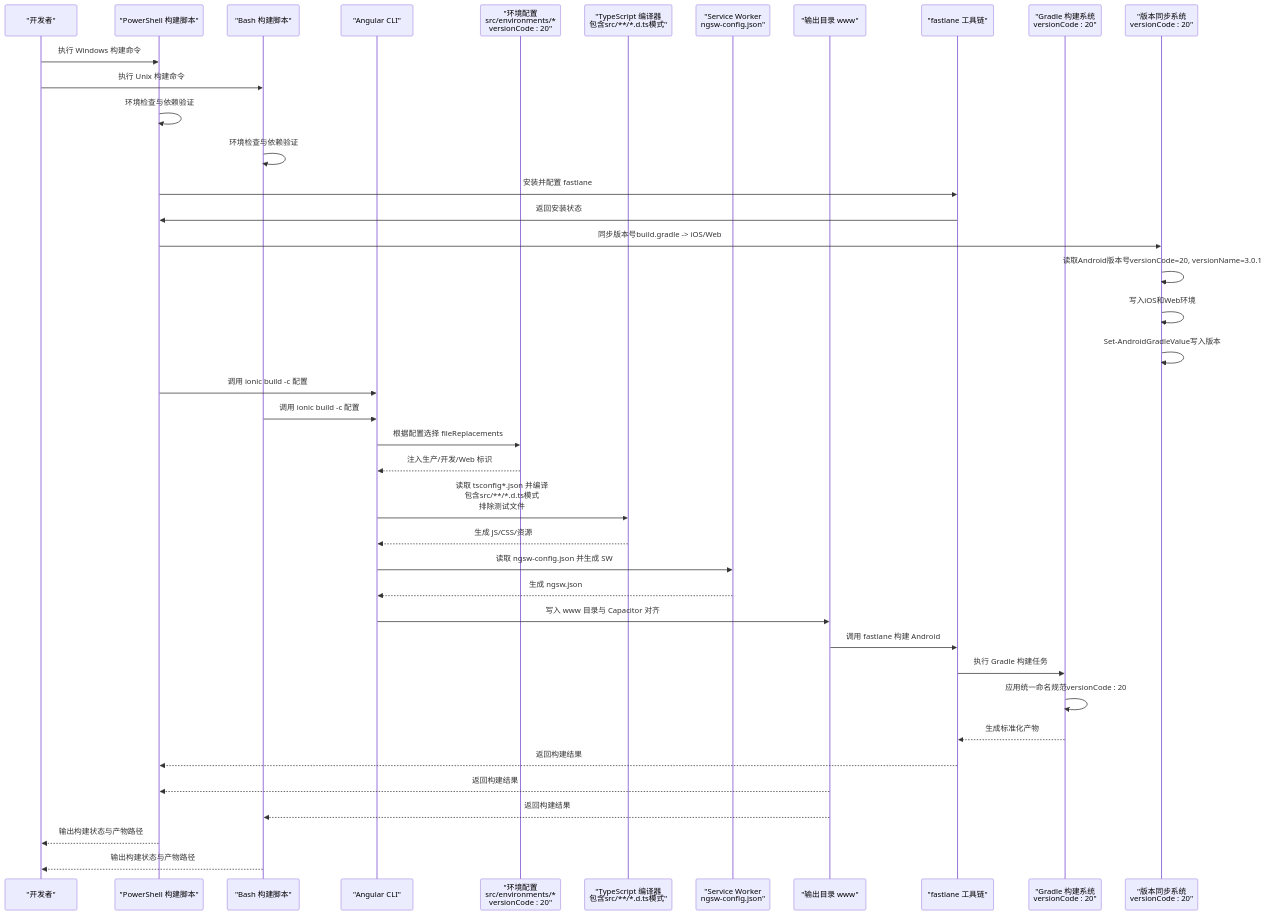
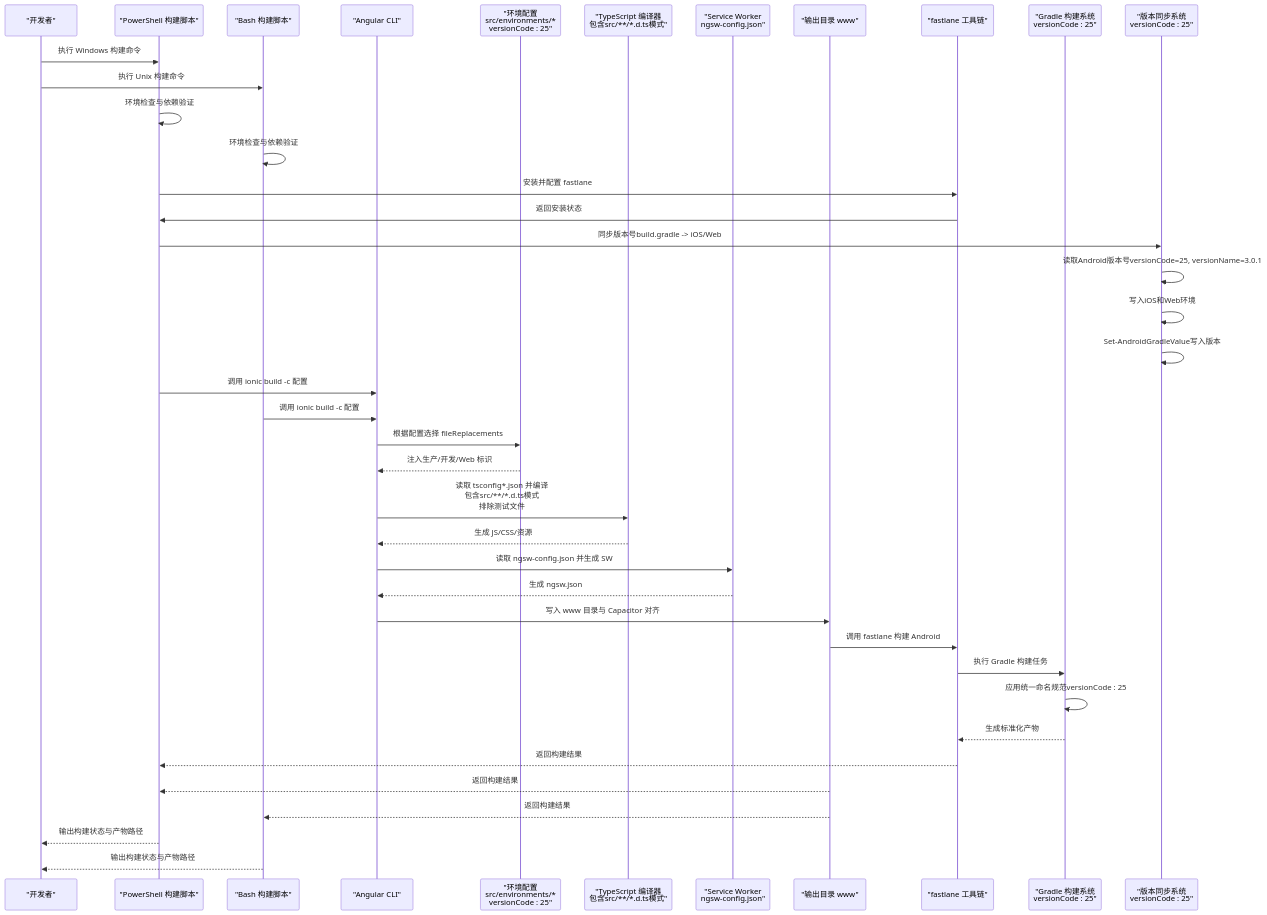
One commit to tea4go/Macro-Deck-Client-App changed the second of 6 diagrams in .qoder/repowiki/zh/content/构建与部署/构建配置.md. Above: the diagram before and after it, drawn with Mermaid. The commit also changed other lines of this file and 46 other files, not shown here.

````diff
--- a/.qoder/repowiki/zh/content/构建与部署/构建配置.md
+++ b/.qoder/repowiki/zh/content/构建与部署/构建配置.md
@@ -194,42 +194,42 @@
 ```mermaid
 sequenceDiagram
 participant Dev as "开发者"
 participant WinPS as "PowerShell 构建脚本"
 participant UnixSh as "Bash 构建脚本"
 participant CLI as "Angular CLI"
-participant Env as "环境配置<br/>src/environments/*<br/>versionCode : 20"
+participant Env as "环境配置<br/>src/environments/*<br/>versionCode : 25"
 participant TS as "TypeScript 编译器<br/>包含src/**/*.d.ts模式"
 participant SW as "Service Worker<br/>ngsw-config.json"
 participant Out as "输出目录 www"
 participant Fastlane as "fastlane 工具链"
-participant Gradle as "Gradle 构建系统<br/>versionCode : 20"
-participant VersionSync as "版本同步系统<br/>versionCode : 20"
+participant Gradle as "Gradle 构建系统<br/>versionCode : 25"
+participant VersionSync as "版本同步系统<br/>versionCode : 25"
 Dev->>WinPS : 执行 Windows 构建命令
 Dev->>UnixSh : 执行 Unix 构建命令
 WinPS->>WinPS : 环境检查与依赖验证
 UnixSh->>UnixSh : 环境检查与依赖验证
 WinPS->>Fastlane : 安装并配置 fastlane
 Fastlane->>WinPS : 返回安装状态
 WinPS->>VersionSync : 同步版本号build.gradle -> iOS/Web
-VersionSync->>VersionSync : 读取Android版本号versionCode=20, versionName=3.0.1
+VersionSync->>VersionSync : 读取Android版本号versionCode=25, versionName=3.0.1
 VersionSync->>VersionSync : 写入iOS和Web环境
 VersionSync->>VersionSync : Set-AndroidGradleValue写入版本
 WinPS->>CLI : 调用 ionic build -c 配置
 UnixSh->>CLI : 调用 ionic build -c 配置
 CLI->>Env : 根据配置选择 fileReplacements
 Env-->>CLI : 注入生产/开发/Web 标识
 CLI->>TS : 读取 tsconfig*.json 并编译<br/>包含src/**/*.d.ts模式<br/>排除测试文件
 TS-->>CLI : 生成 JS/CSS/资源
 CLI->>SW : 读取 ngsw-config.json 并生成 SW
 SW-->>CLI : 生成 ngsw.json
 CLI->>Out : 写入 www 目录与 Capacitor 对齐
 Out->>Fastlane : 调用 fastlane 构建 Android
 Fastlane->>Gradle : 执行 Gradle 构建任务
-Gradle->>Gradle : 应用统一命名规范versionCode : 20
+Gradle->>Gradle : 应用统一命名规范versionCode : 25
 Gradle-->>Fastlane : 生成标准化产物
 Fastlane-->>WinPS : 返回构建结果
 Out-->>WinPS : 返回构建结果
 Out-->>UnixSh : 返回构建结果
 WinPS-->>Dev : 输出构建状态与产物路径
 UnixSh-->>Dev : 输出构建状态与产物路径
 ```
````
